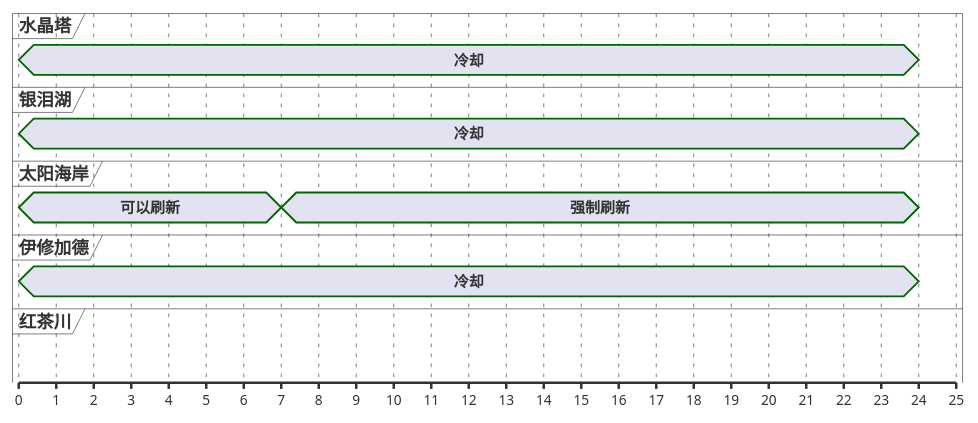
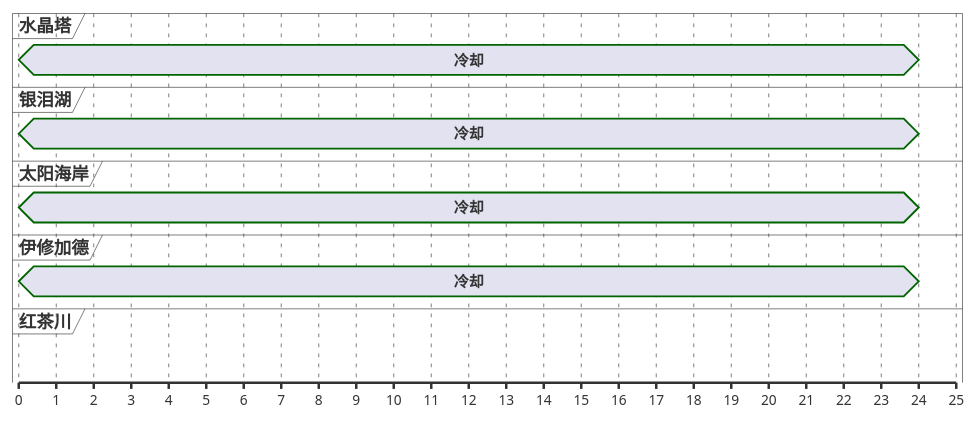
The fourth of 13 diagrams in ffxiv/hunt/2.0/Nunyunuwi.md (Eroleice/doc-pi), drawn with PlantUML before and after one commit. The commit also changed other lines of this file and 38 other files, not shown here.

````diff
--- a/ffxiv/hunt/2.0/Nunyunuwi.md
+++ b/ffxiv/hunt/2.0/Nunyunuwi.md
@@ -190,29 +177,28 @@
 ```plantuml
 @startuml
 scale 1 as 30 pixels
 
 concise 水晶塔
 concise 银泪湖
 concise 太阳海岸
 concise 伊修加德
 concise 红茶川
-
-@太阳海岸
-0 is 可以刷新
-7 is 强制刷新
-24 is {hidden}
 
 @银泪湖
 0 is 冷却
 24 is {hidden}
 
 @伊修加德
 0 is 冷却
 24 is {hidden}
 
 @水晶塔
 0 is 冷却
 24 is {hidden}
 
+@太阳海岸
+0 is 冷却
+24 is {hidden}
+
 @enduml
 ```
````
